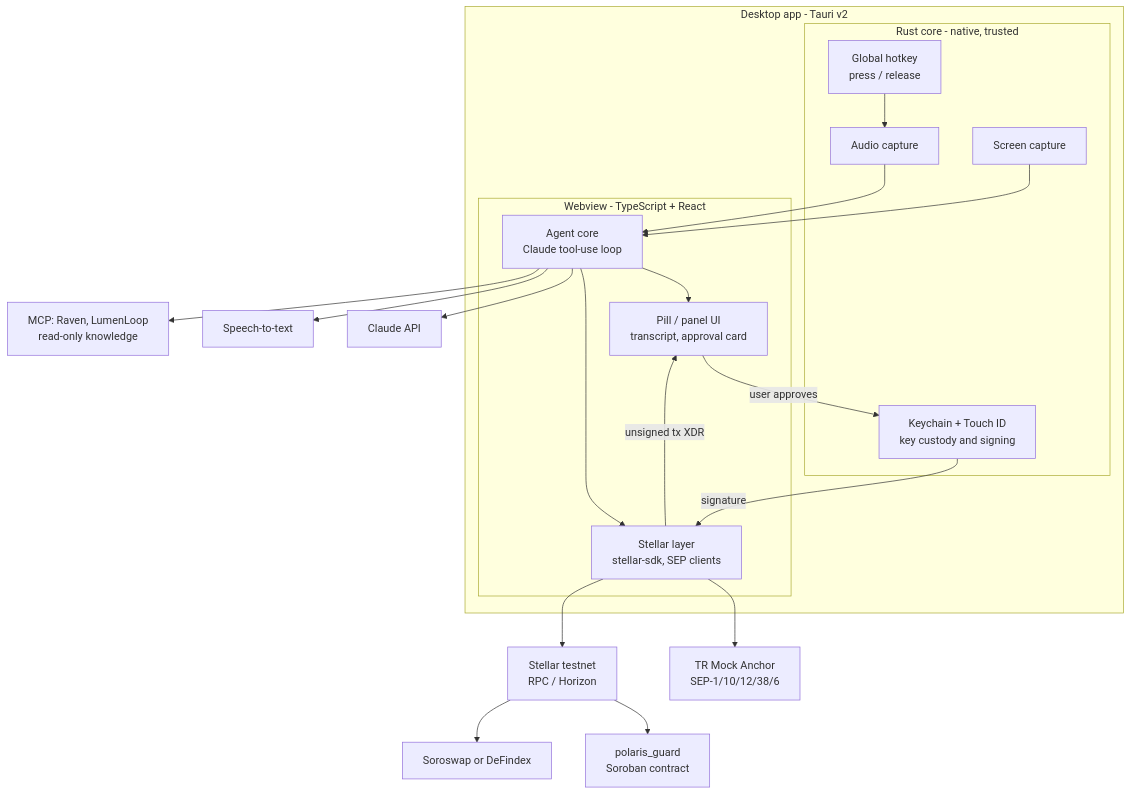
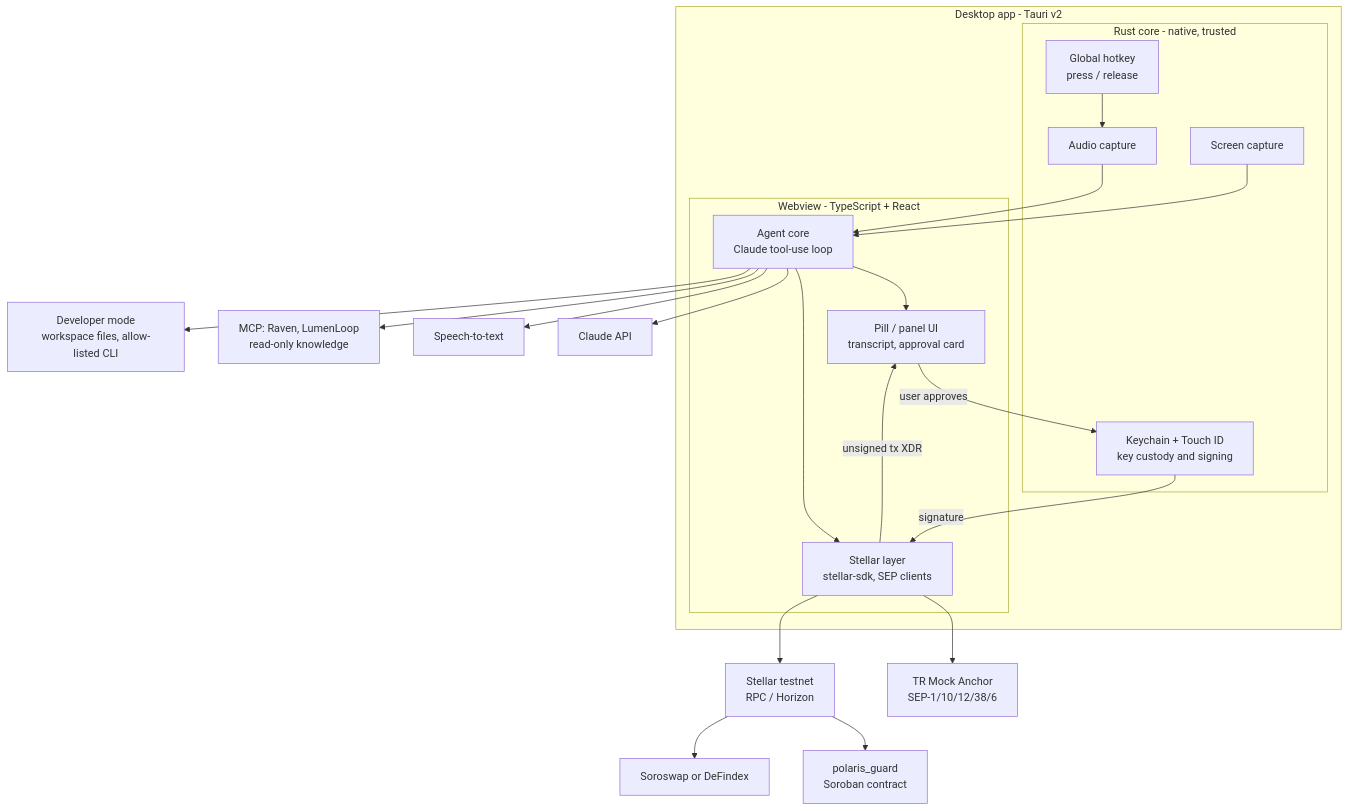
One commit to fthsrbst/StellarVoiceControlProject changed the first of 2 diagrams in docs/architecture.md. Above: the diagram before and after it, drawn with Mermaid. The commit also changed other lines of this file, not shown here.

First line of the commit message:
docs: extend architecture with developer mode, MPP, P2P ramp, resources and team workflow

````diff
--- a/docs/architecture.md
+++ b/docs/architecture.md
@@ -45,32 +51,33 @@
 ```mermaid
 flowchart TD
     subgraph Desktop["Desktop app - Tauri v2"]
         subgraph Rust["Rust core - native, trusted"]
             HK["Global hotkey<br/>press / release"]
             AUD["Audio capture"]
             SCR["Screen capture"]
             KEY["Keychain + Touch ID<br/>key custody and signing"]
         end
         subgraph Web["Webview - TypeScript + React"]
             UI["Pill / panel UI<br/>transcript, approval card"]
             AG["Agent core<br/>Claude tool-use loop"]
             ST["Stellar layer<br/>stellar-sdk, SEP clients"]
         end
         HK --> AUD
         AUD --> AG
         SCR --> AG
         AG --> UI
         AG --> ST
         ST -->|"unsigned tx XDR"| UI
         UI -->|"user approves"| KEY
         KEY -->|"signature"| ST
     end
 
     AG --> LLM["Claude API"]
     AG --> STT["Speech-to-text"]
     AG --> MCP["MCP: Raven, LumenLoop<br/>read-only knowledge"]
+    AG --> DEV["Developer mode<br/>workspace files, allow-listed CLI"]
     ST --> ANC["TR Mock Anchor<br/>SEP-1/10/12/38/6"]
     ST --> RPC["Stellar testnet<br/>RPC / Horizon"]
     RPC --> GUARD["polaris_guard<br/>Soroban contract"]
     RPC --> PROTO["Soroswap or DeFindex"]
 ```
````
